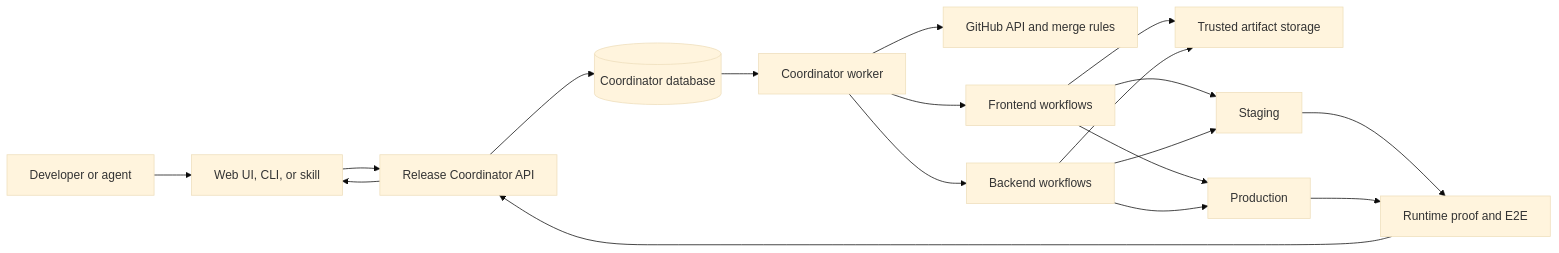
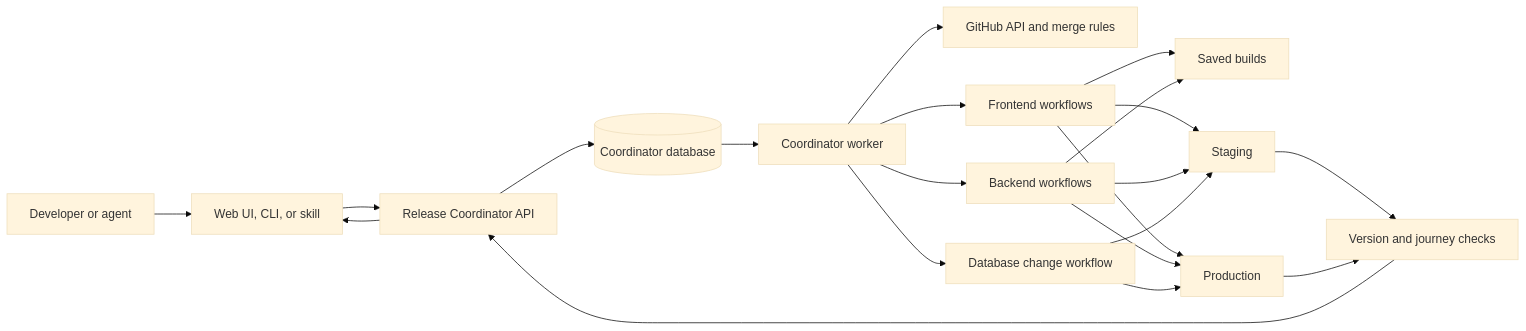
The diagram in README.md (6529-Collections/6529-release-coordinator), drawn with Mermaid (base theme) before and after one commit. The commit also changed other lines of this file and 1 other file, not shown here.

Commit message:
Clarify release coordinator workflow

````diff
--- a/README.md
+++ b/README.md
@@ -74,22 +99,25 @@
 ```mermaid
 flowchart LR
     U[Developer or agent] --> C[Web UI, CLI, or skill]
     C --> API[Release Coordinator API]
     API --> DB[(Coordinator database)]
     DB --> W[Coordinator worker]
 
     W --> GH[GitHub API and merge rules]
     W --> FE[Frontend workflows]
     W --> BE[Backend workflows]
-    FE --> ART[Trusted artifact storage]
+    W --> DBC[Database change workflow]
+    FE --> ART[Saved builds]
     BE --> ART
     FE --> STG[Staging]
     BE --> STG
     FE --> PROD[Production]
     BE --> PROD
+    DBC --> STG
+    DBC --> PROD
 
-    STG --> E2E[Runtime proof and E2E]
+    STG --> E2E[Version and journey checks]
     PROD --> E2E
     E2E --> API
     API --> C
 ```
````
